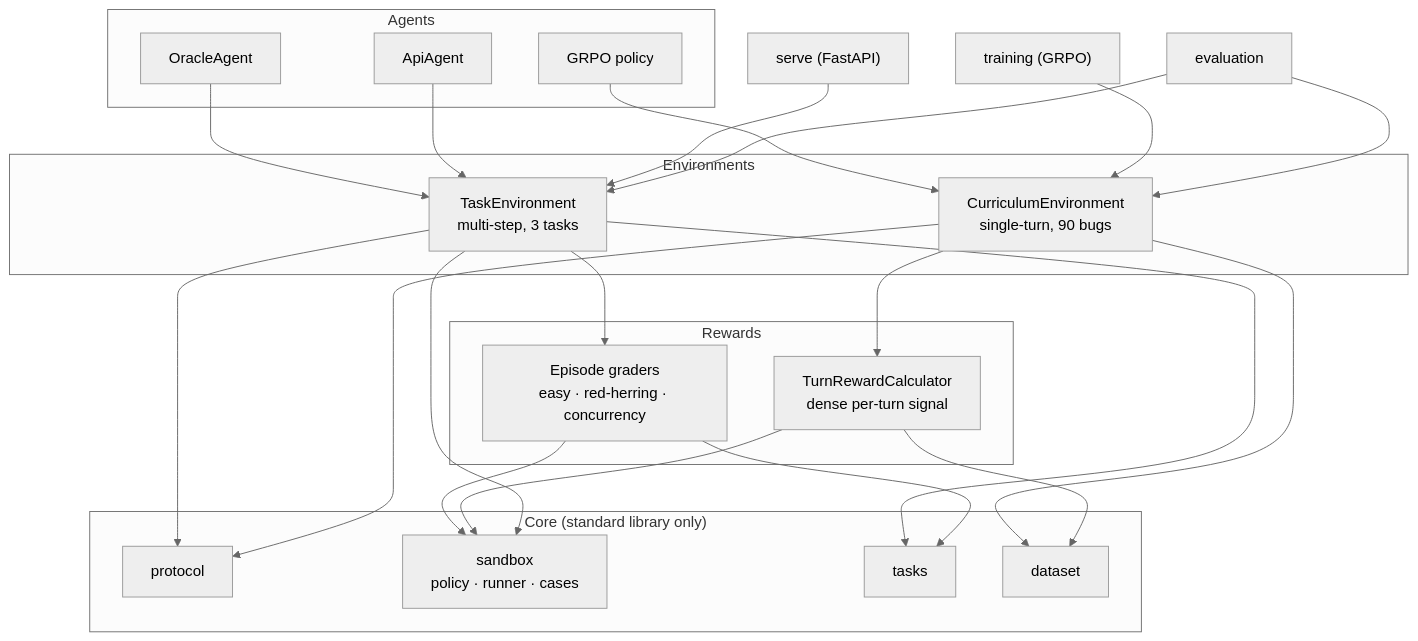
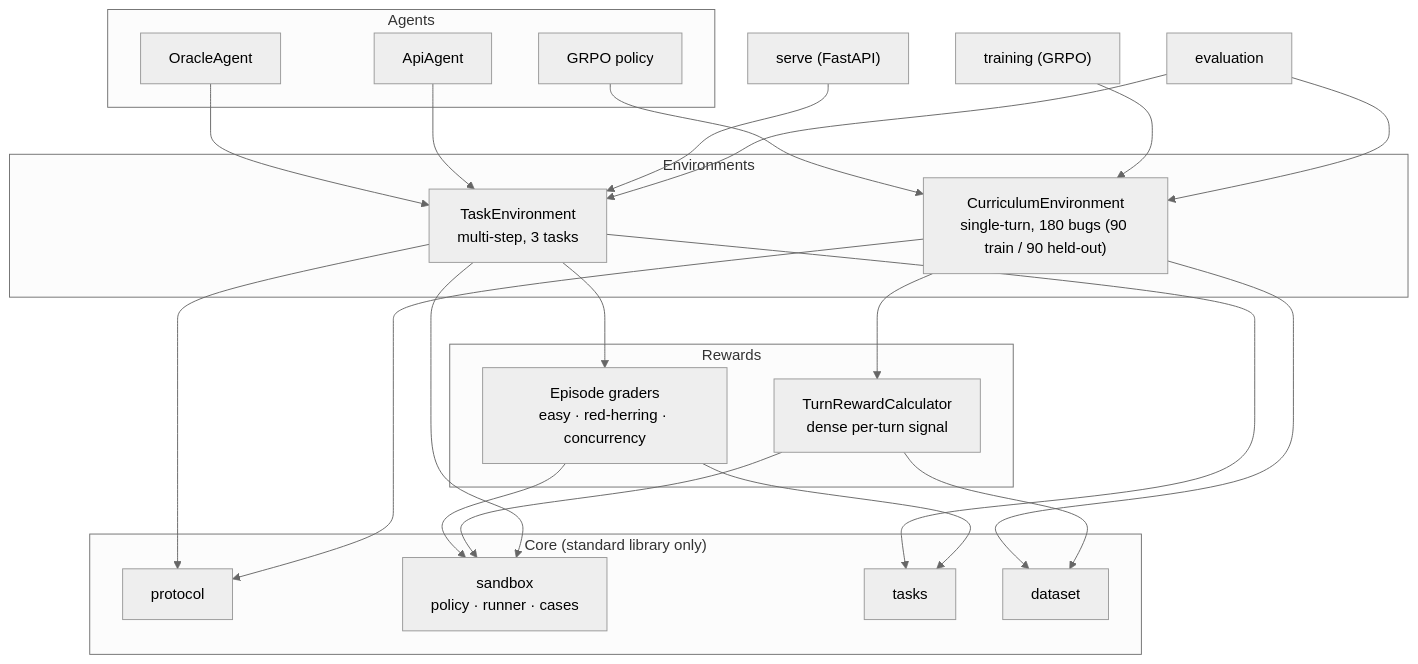
Before and after one commit to PulipatiPranav/AgentDebuggerEnv: the first of 2 diagrams in docs/architecture.md, drawn with Mermaid (neutral theme). The commit also changed other lines of this file and 29 other files, not shown here.

````diff
--- a/docs/architecture.md
+++ b/docs/architecture.md
@@ -10,47 +10,47 @@
 ```mermaid
 flowchart TB
     subgraph agents["Agents"]
         oracle["OracleAgent"]
         api["ApiAgent"]
         policy["GRPO policy"]
     end
 
     subgraph envs["Environments"]
         task["TaskEnvironment<br/>multi-step, 3 tasks"]
-        curric["CurriculumEnvironment<br/>single-turn, 90 bugs"]
+        curric["CurriculumEnvironment<br/>single-turn, 180 bugs (90 train / 90 held-out)"]
     end
 
     subgraph rewards["Rewards"]
         turn["TurnRewardCalculator<br/>dense per-turn signal"]
         graders["Episode graders<br/>easy · red-herring · concurrency"]
     end
 
     subgraph core["Core (standard library only)"]
         protocol["protocol"]
         sandbox["sandbox<br/>policy · runner · cases"]
         tasks["tasks"]
         dataset["dataset"]
     end
 
     oracle --> task
     api --> task
     policy --> curric
 
     task --> protocol
     task --> graders
     curric --> protocol
     curric --> turn
 
     graders --> sandbox
     turn --> sandbox
     task --> sandbox
     task --> tasks
     curric --> dataset
     graders --> tasks
     turn --> dataset
 
     serve["serve (FastAPI)"] --> task
     training["training (GRPO)"] --> curric
     evaluation["evaluation"] --> task
     evaluation --> curric
 ```
````
